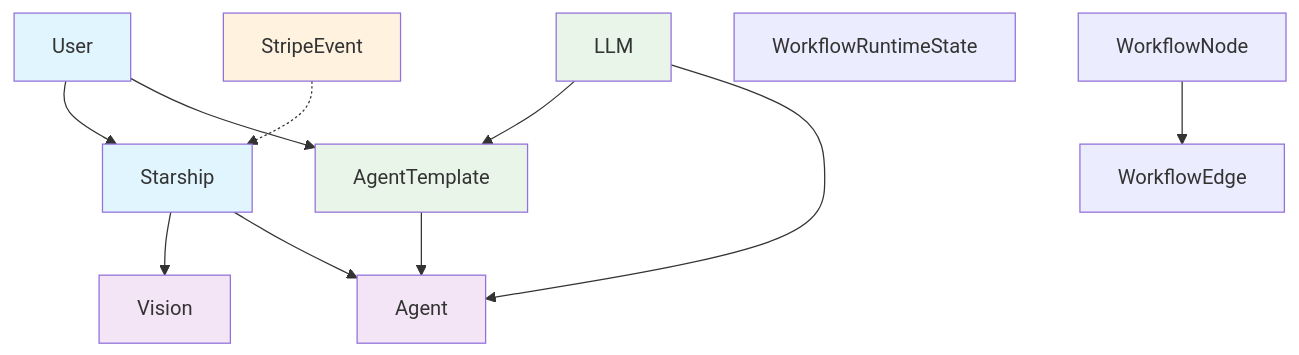
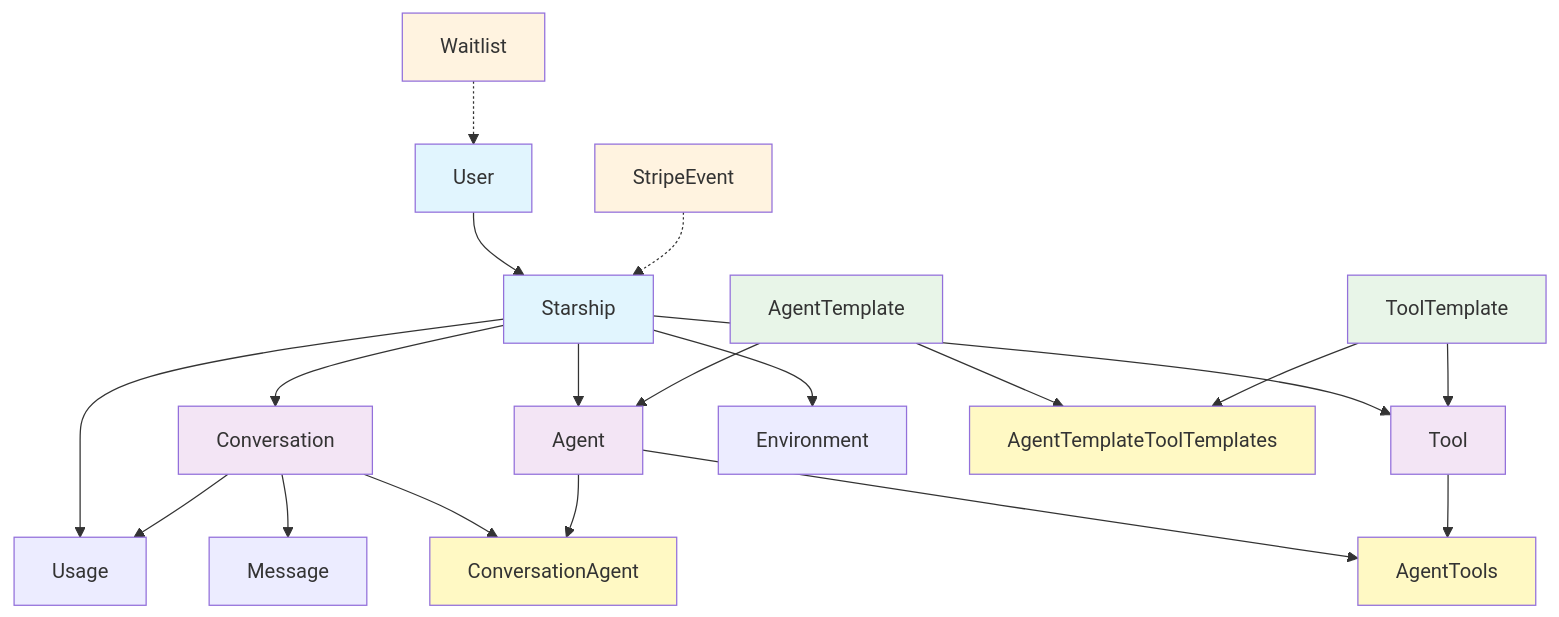
The second of 2 diagrams in docs/er-diagram.md (theingenuityco/starships.ai), drawn with Mermaid before and after one commit. The commit also changed other lines of this file and 172 other files, not shown here.

````diff
--- a/docs/er-diagram.md
+++ b/docs/er-diagram.md
@@ -175,32 +224,45 @@
 ```mermaid
 graph TD
     %% Core Entities
     U[User] --> S[Starship]
-    S --> V[Vision]
     S --> A[Agent]
+    S --> T[Tool]
+    S --> C[Conversation]
+    S --> E[Environment]
 
-    %% Agent System
-    U --> AT[AgentTemplate]
-    AT --> A
-    L[LLM] --> AT
-    L --> A
+    %% Template System
+    AT[AgentTemplate] --> A
+    TT[ToolTemplate] --> T
 
-    %% Workflow System
-    WN[WorkflowNode] --> WE[WorkflowEdge]
-    WRS[WorkflowRuntimeState]
+    %% Conversation System
+    C --> M[Message]
+    C --> CA[ConversationAgent]
+    A --> CA
 
-    %% Stripe Integration
+    %% Usage Tracking
+    S --> US[Usage]
+    C --> US
+
+    %% Junction Tables
+    A --> AGT[AgentTools]
+    T --> AGT
+    AT --> ATTT[AgentTemplateToolTemplates]
+    TT --> ATTT
+
+    %% Payment Integration
     SE[StripeEvent] -.-> S
+    WL[Waitlist] -.-> U
 
     %% Styling
     classDef primary fill:#e1f5fe
     classDef secondary fill:#f3e5f5
     classDef system fill:#e8f5e8
-    classDef security fill:#ffebee
+    classDef junction fill:#fff9c4
     classDef integration fill:#fff3e0
 
     class U,S primary
-    class A,V secondary
-    class L,AT system
-    class SE integration
+    class A,T,C secondary
+    class AT,TT system
+    class AGT,ATTT,CA junction
+    class SE,WL integration
 ```
````
